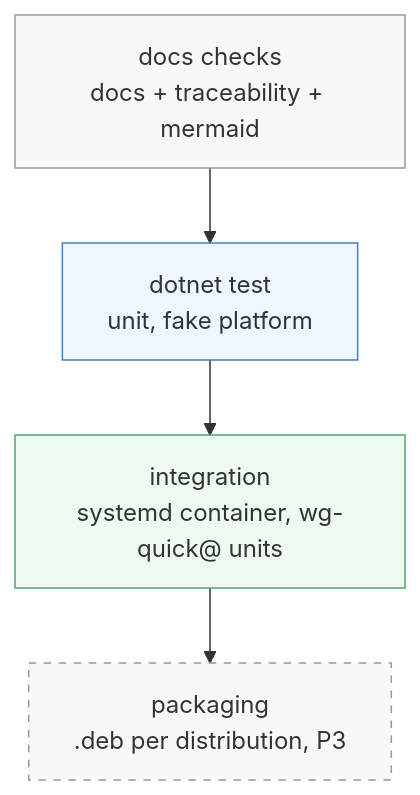
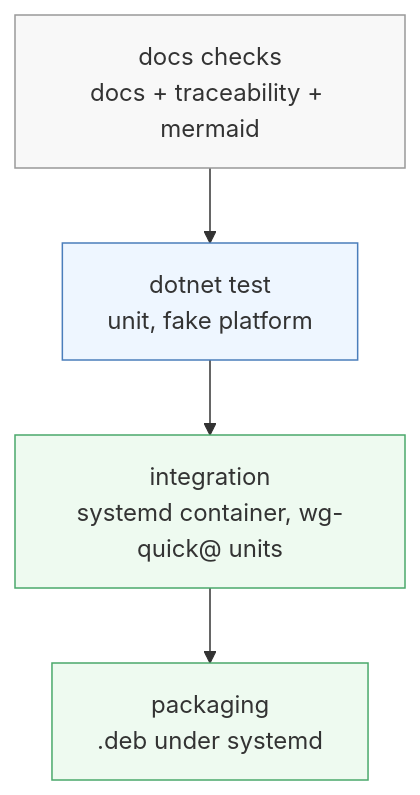
The diagram in docs/50-guides/running-tests.md (vinh466/wg-agent), drawn with Mermaid before and after one commit. The commit also changed other lines of this file and 9 other files, not shown here.

````diff
--- a/docs/50-guides/running-tests.md
+++ b/docs/50-guides/running-tests.md
@@ -14,15 +14,15 @@
 ```mermaid
 graph TD
   C["docs checks<br/>docs + traceability + mermaid"] --> U["dotnet test<br/>unit, fake platform"]
   U --> I["integration<br/>systemd container, wg-quick@ units"]
-  I --> P["packaging<br/>.deb per distribution, P3"]
+  I --> P["packaging<br/>.deb under systemd"]
 
   classDef none fill:#f8f8f8,stroke:#999
   classDef host fill:#eef6ff,stroke:#4a7ebb
   classDef ctr fill:#eefaf0,stroke:#4aa86b
   classDef off fill:#f8f8f8,stroke:#999,stroke-dasharray: 5 5
   class C none
   class U host
   class I ctr
-  class P off
+  class P ctr
 ```
````
